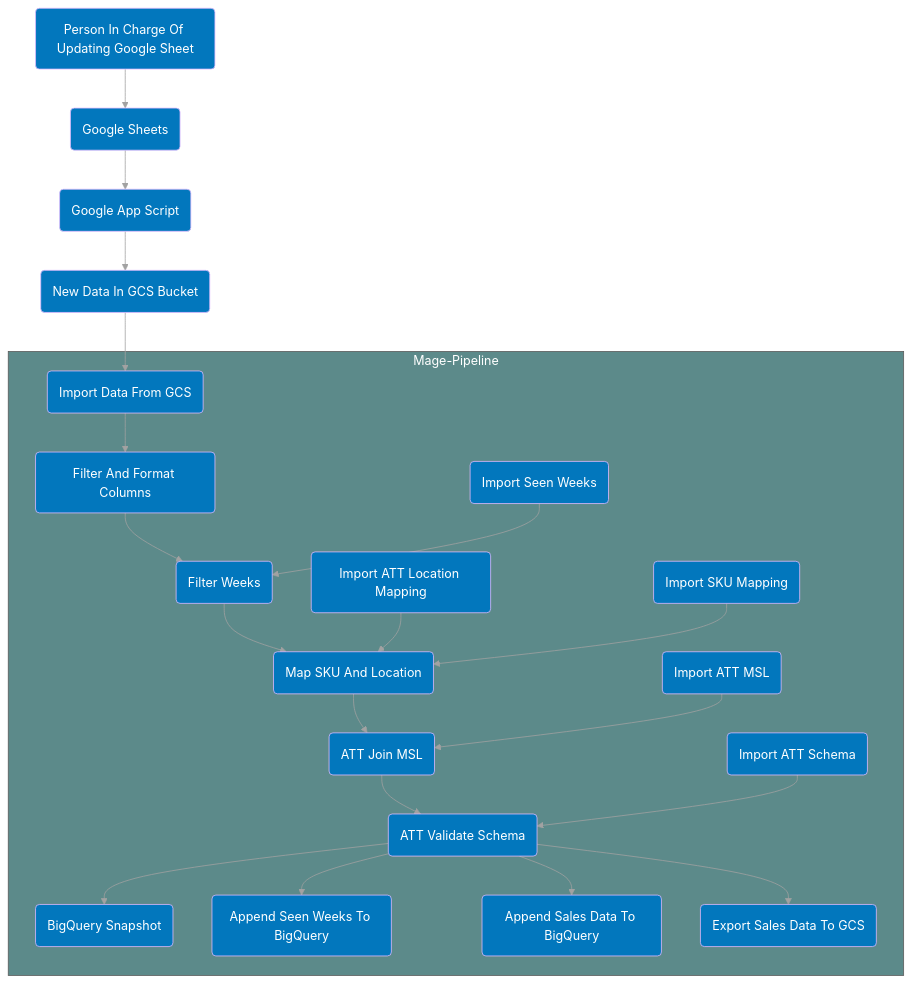
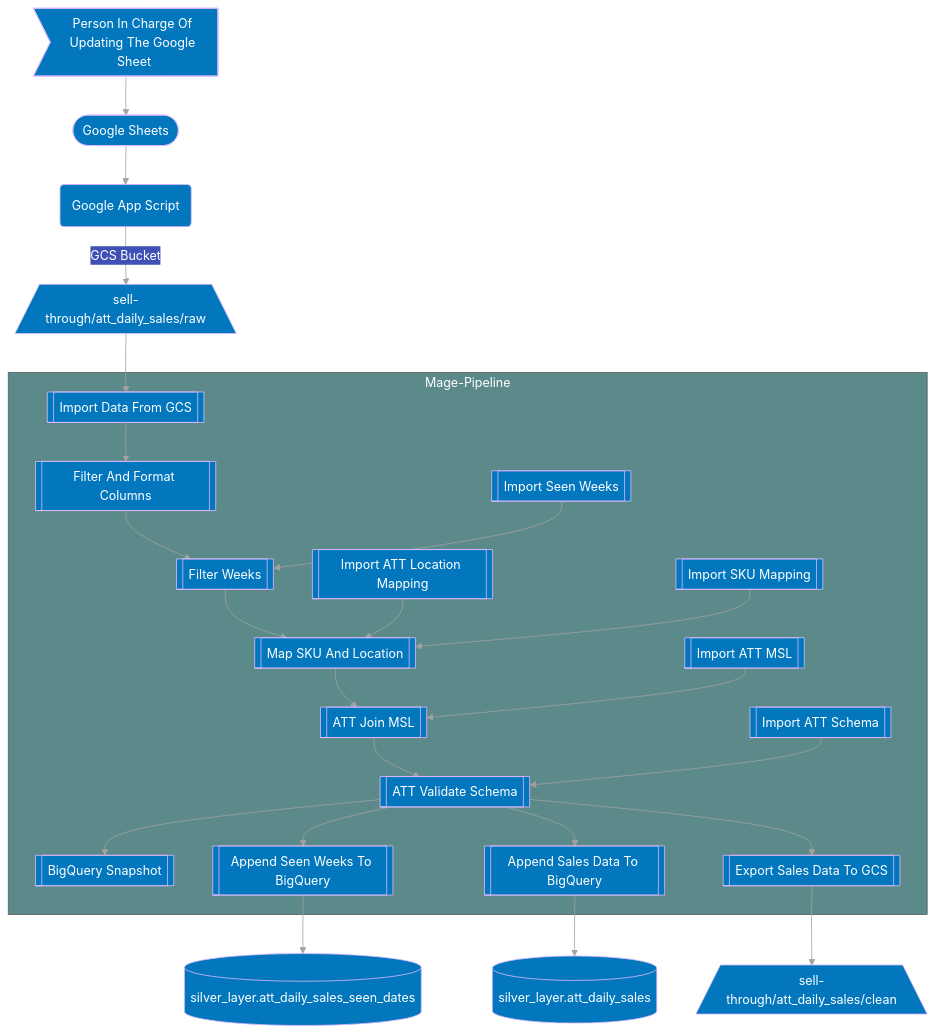
Before and after one commit to CarrierOps/1P-Wiki: the diagram in documentation/pipelines/att.md, drawn with Mermaid. The commit also changed 7 other files, not shown here.

````diff
--- a/documentation/pipelines/att.md
+++ b/documentation/pipelines/att.md
@@ -12,69 +12,78 @@
 ```mermaid
 flowchart TD
 %%{
   init: {
     'theme': 'base',
     'themeVariables': {
       'primaryColor': '#0277bd',
       'primaryTextColor': '#ffffff',
       'primaryBorderColor': '#e0bbff',
       'lineColor': '#a2a2a2',
       'secondaryColor': '#3f51b5',
       'tertiaryColor': '#5c8a8a',
       'tertiaryTextColor': '#ffffff'
     }
   }
 }%%
-id0(Person In Charge Of Updating Google Sheet)
-id00(Google Sheets)
+id0>Person In Charge Of Updating The Google Sheet]
+id00([Google Sheets])
 id000(Google App Script)
-id0000(New Data In GCS Bucket)
+id0000[/sell-through/att_daily_sales/raw\]
 id0-->id00
 id00 --> id000
-id000 --> id0000
+id000-- GCS Bucket --> id0000
 id0000-->id1
 
 subgraph Mage-Pipeline
 
-id1(Import Data From GCS)
-id2(Import Seen Weeks)
-id3(Import ATT Location Mapping)
-id4(Import SKU Mapping)
-id5(Import ATT MSL)
-id6(Import ATT Schema)
+id1[[Import Data From GCS]]
+id2[[Import Seen Weeks]]
+id3[[Import ATT Location Mapping]]
+id4[[Import SKU Mapping]]
+id5[[Import ATT MSL]]
+id6[[Import ATT Schema]]
 
 
-id7(Filter And Format Columns)
+id7[[Filter And Format Columns]]
 id1-->id7
 
-id8(Filter Weeks)
+id8[[Filter Weeks]]
 id7--> id8
 id2--> id8
-id9(Map SKU And Location)
+id9[[Map SKU And Location]]
 id8-->id9
 id3-->id9
 id4-->id9
-id10(ATT Join MSL)
+id10[[ATT Join MSL]]
 
 id9--> id10
 id5--> id10
 
-id11(ATT Validate Schema)
+id11[[ATT Validate Schema]]
 id10-->id11
 id6-->id11
 
-id12(BigQuery Snapshot)
-id13(Append Seen Weeks To BigQuery)
-id14(Append Sales Data To BigQuery)
-id15(Export Sales Data To GCS)
+id12[[BigQuery Snapshot]]
+id13[[Append Seen Weeks To BigQuery]]
+id14[[Append Sales Data To BigQuery]]
+id15[[Export Sales Data To GCS]]
 
 
 id11-->id12
 id11-->id13
 id11-->id14
 id11-->id15
 
 
 end
 
+id16[(silver_layer.att_daily_sales)]
+id17[(silver_layer.att_daily_sales_seen_dates)]
+id18[/sell-through/att_daily_sales/clean\]
+
+id13-->id17
+id14-->id16
+id15-->id18
+
+
 ```
````
